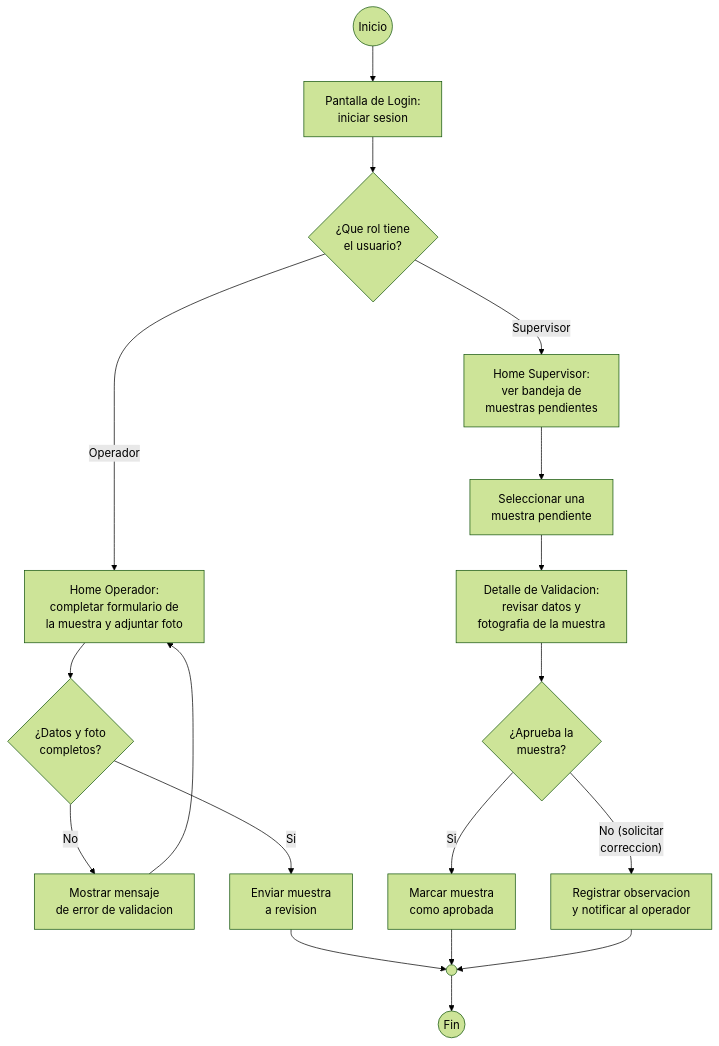
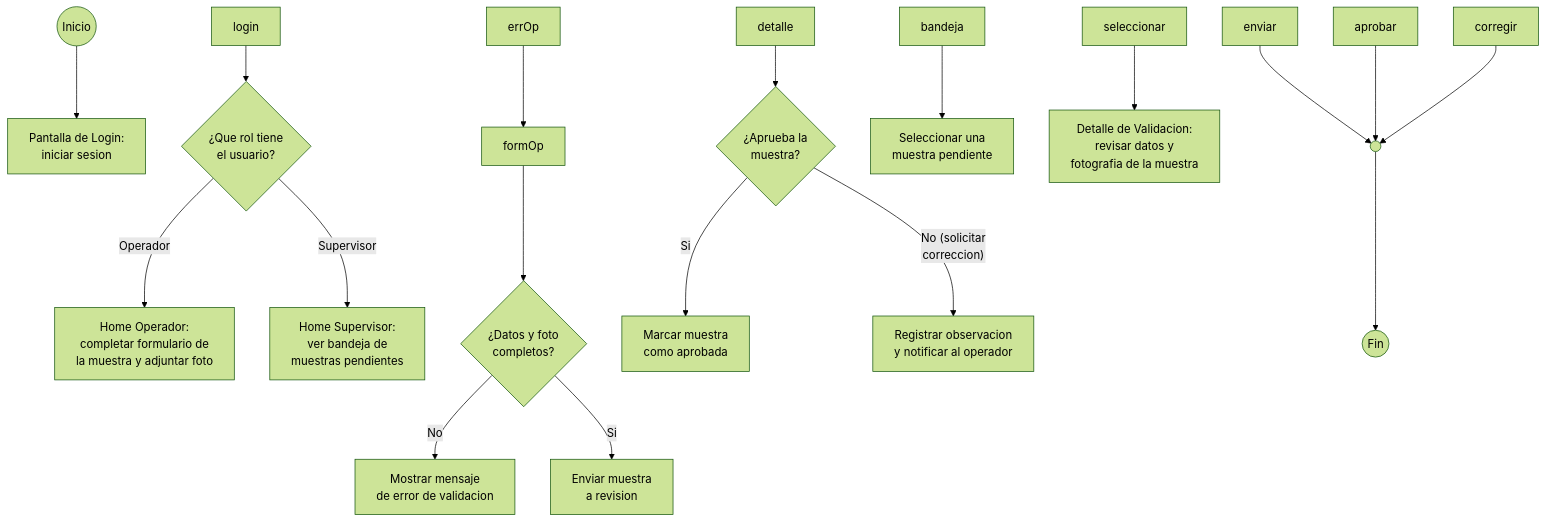
Before and after one commit to Catal2s/AquaSample-DSY1105: the second of 2 diagrams in README.md, drawn with Mermaid (forest theme). The commit also changed other lines of this file, not shown here.

Commit message:
docs: actualiza README con Room, supervisor, CSV y planificación

````diff
--- a/README.md
+++ b/README.md
@@ -123,23 +181,23 @@
 ```mermaid
 flowchart TD
-    start(("Inicio")) --> login["Pantalla de Login:<br/>iniciar sesion"]
+    start(("Inicio")) --> login\["Pantalla de Login:<br/>iniciar sesion"]
     login --> dec1{"¿Que rol tiene<br/>el usuario?"}
 
-    dec1 -->|Operador| formOp["Home Operador:<br/>completar formulario de<br/>la muestra y adjuntar foto"]
+    dec1 -->|Operador| formOp\["Home Operador:<br/>completar formulario de<br/>la muestra y adjuntar foto"]
     formOp --> dec2{"¿Datos y foto<br/>completos?"}
-    dec2 -->|No| errOp["Mostrar mensaje<br/>de error de validacion"]
+    dec2 -->|No| errOp\["Mostrar mensaje<br/>de error de validacion"]
     errOp --> formOp
-    dec2 -->|Si| enviar["Enviar muestra<br/>a revision"]
+    dec2 -->|Si| enviar\["Enviar muestra<br/>a revision"]
     enviar --> merge((" "))
 
-    dec1 -->|Supervisor| bandeja["Home Supervisor:<br/>ver bandeja de<br/>muestras pendientes"]
-    bandeja --> seleccionar["Seleccionar una<br/>muestra pendiente"]
-    seleccionar --> detalle["Detalle de Validacion:<br/>revisar datos y<br/>fotografia de la muestra"]
+    dec1 -->|Supervisor| bandeja\["Home Supervisor:<br/>ver bandeja de<br/>muestras pendientes"]
+    bandeja --> seleccionar\["Seleccionar una<br/>muestra pendiente"]
+    seleccionar --> detalle\["Detalle de Validacion:<br/>revisar datos y<br/>fotografia de la muestra"]
     detalle --> dec3{"¿Aprueba la<br/>muestra?"}
-    dec3 -->|Si| aprobar["Marcar muestra<br/>como aprobada"]
+    dec3 -->|Si| aprobar\["Marcar muestra<br/>como aprobada"]
     aprobar --> merge
-    dec3 -->|"No (solicitar<br/>correccion)"| corregir["Registrar observacion<br/>y notificar al operador"]
+    dec3 -->|"No (solicitar<br/>correccion)"| corregir\["Registrar observacion<br/>y notificar al operador"]
     corregir --> merge
 
     merge --> stop(("Fin"))
 ```
````
